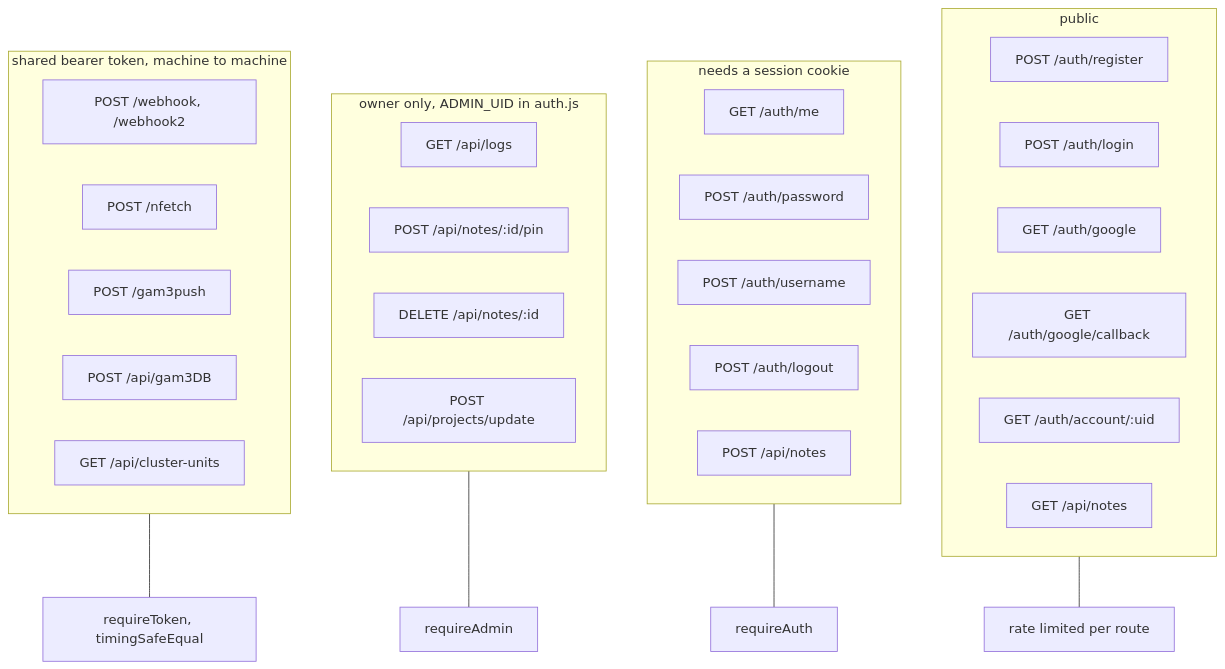
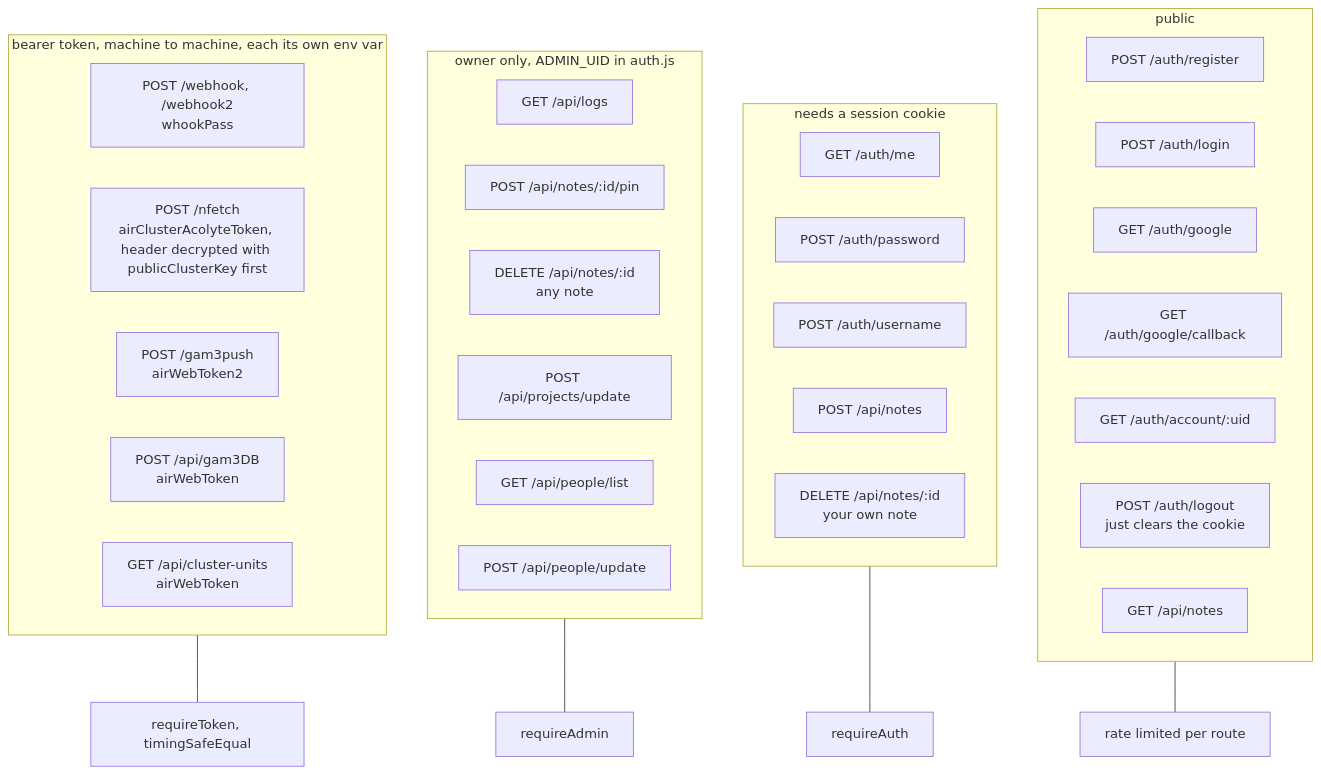
The seventh of 7 diagrams in ARCHITECTURE.md (Air-zy/airWebsite), drawn with Mermaid before and after one commit. The commit also changed other lines of this file and 1 other file, not shown here.

First line of the commit message:
docs: architecture and readme match the code again

````diff
--- a/ARCHITECTURE.md
+++ b/ARCHITECTURE.md
@@ -190,39 +219,42 @@
 ```mermaid
 flowchart TD
   subgraph PUB["public"]
     P1["POST /auth/register"]
     P2["POST /auth/login"]
     P3["GET /auth/google"]
     P4["GET /auth/google/callback"]
     P5["GET /auth/account/:uid"]
+    P7["POST /auth/logout<br/>just clears the cookie"]
     P6["GET /api/notes"]
   end
 
   subgraph SESS["needs a session cookie"]
     S1["GET /auth/me"]
     S2["POST /auth/password"]
     S5["POST /auth/username"]
-    S3["POST /auth/logout"]
     S4["POST /api/notes"]
+    S6["DELETE /api/notes/:id<br/>your own note"]
   end
 
   subgraph ADMIN["owner only, ADMIN_UID in auth.js"]
     A1["GET /api/logs"]
     A2["POST /api/notes/:id/pin"]
-    A3["DELETE /api/notes/:id"]
+    A3["DELETE /api/notes/:id<br/>any note"]
     A4["POST /api/projects/update"]
+    A5["GET /api/people/list"]
+    A6["POST /api/people/update"]
   end
 
-  subgraph TOKEN["shared bearer token, machine to machine"]
-    T1["POST /webhook, /webhook2"]
-    T2["POST /nfetch"]
-    T3["POST /gam3push"]
-    T5["POST /api/gam3DB"]
-    T6["GET /api/cluster-units"]
+  subgraph TOKEN["bearer token, machine to machine, each its own env var"]
+    T1["POST /webhook, /webhook2<br/>whookPass"]
+    T2["POST /nfetch<br/>airClusterAcolyteToken, header decrypted with publicClusterKey first"]
+    T3["POST /gam3push<br/>airWebToken2"]
+    T5["POST /api/gam3DB<br/>airWebToken"]
+    T6["GET /api/cluster-units<br/>airWebToken"]
   end
 
   PUB --- RL1["rate limited per route"]
   SESS --- MW1["requireAuth"]
   ADMIN --- MW2["requireAdmin"]
   TOKEN --- MW3["requireToken, timingSafeEqual"]
 ```
````
